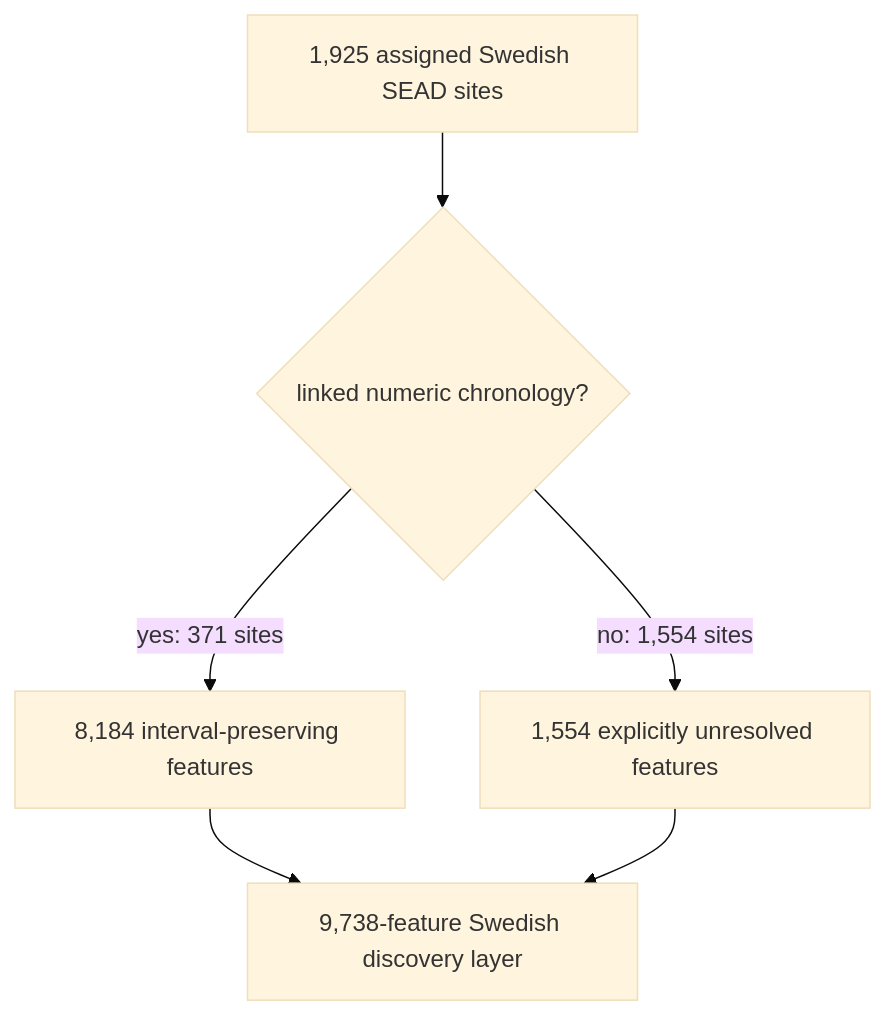
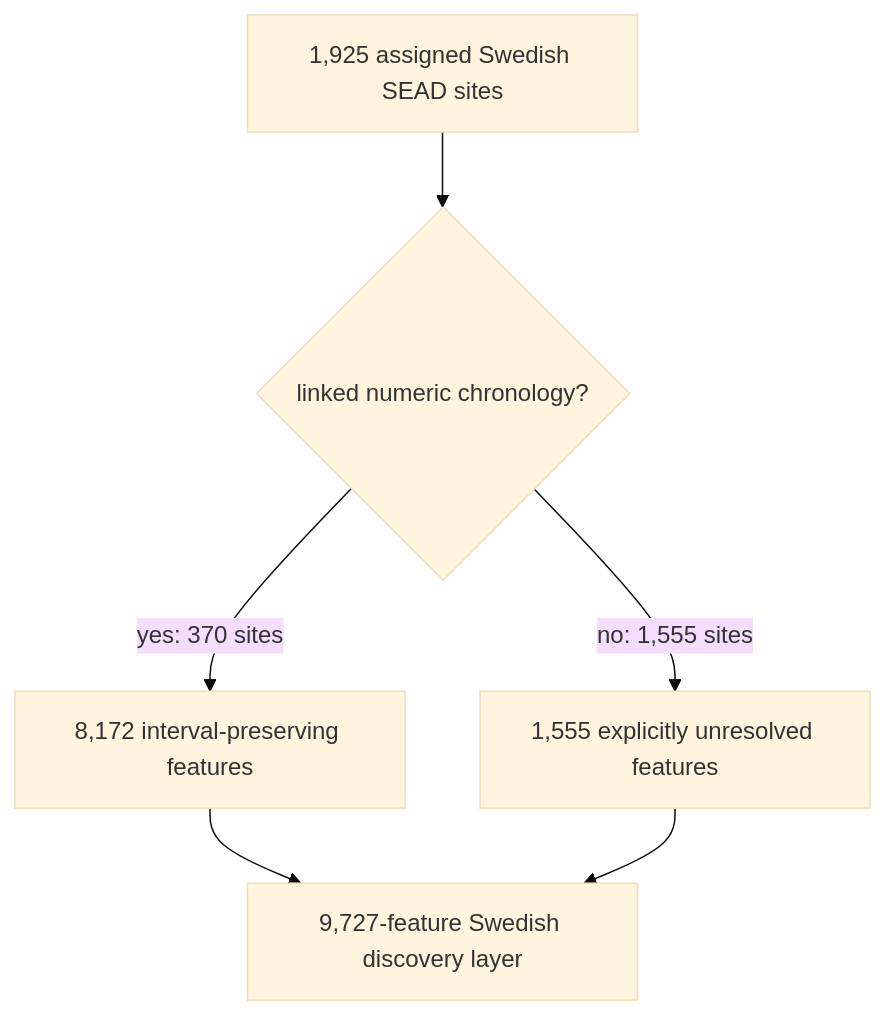
One commit to bijux/bijux-pollenomics changed the first of 2 diagrams in docs/public/pollenomics-data/publications/archaeology-site-discovery.md. Above: the diagram before and after it, drawn with Mermaid (base theme). The commit also changed other lines of this file and 14 other files, not shown here.

````diff
--- a/docs/public/pollenomics-data/publications/archaeology-site-discovery.md
+++ b/docs/public/pollenomics-data/publications/archaeology-site-discovery.md
@@ -39,8 +41,8 @@
 ```mermaid
 flowchart TD
     Sweden["1,925 assigned Swedish SEAD sites"] --> Time{"linked numeric chronology?"}
-    Time -->|yes: 371 sites| Intervals["8,184 interval-preserving features"]
-    Time -->|no: 1,554 sites| Unresolved["1,554 explicitly unresolved features"]
-    Intervals --> Atlas["9,738-feature Swedish discovery layer"]
+    Time -->|yes: 370 sites| Intervals["8,172 interval-preserving features"]
+    Time -->|no: 1,555 sites| Unresolved["1,555 explicitly unresolved features"]
+    Intervals --> Atlas["9,727-feature Swedish discovery layer"]
     Unresolved --> Atlas
 ```
````
